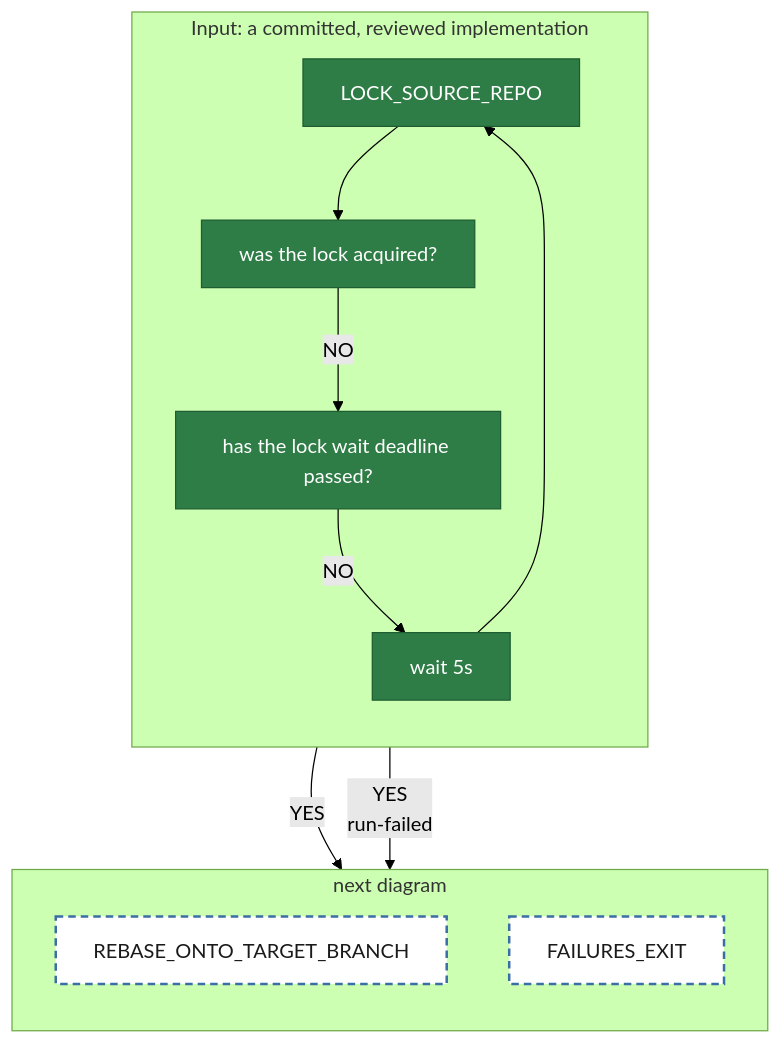
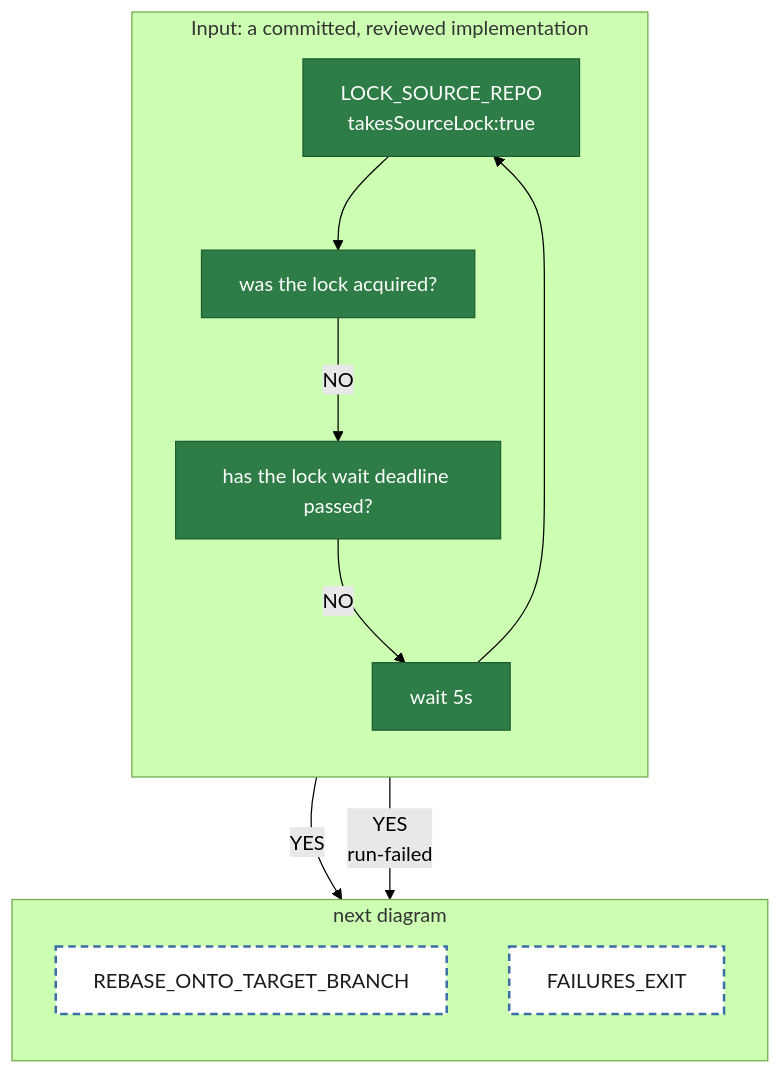
One commit to matkatmusic/taskTools changed the diagram in diagrams/tackle-tasks/pipeline-lockSourceRepo.mmd. Above: the diagram before and after it, drawn with Mermaid (forest theme). The commit also changed 6 other files, not shown here.

First line of the commit message:
[mermaid 8] generator reads and syncs takesSourceLock; the hook and resetTask find the lock block by that flag

```diff
--- a/diagrams/tackle-tasks/pipeline-lockSourceRepo.mmd
+++ b/diagrams/tackle-tasks/pipeline-lockSourceRepo.mmd
@@ -1,31 +1,31 @@
 flowchart TB
 %% Not an agent() entry. The hook walks in from a dashed LOCK_SOURCE_REPO block. Every path ends at a dashed block.
 
   subgraph lockSourceRepo ["Input: a committed, reviewed implementation"]
     direction TB
-    LOCK_SOURCE_REPO["LOCK_SOURCE_REPO"]
+    LOCK_SOURCE_REPO["LOCK_SOURCE_REPO<br/>takesSourceLock:true"]
     WAS_LOCK_ACQUIRED_Q["was the lock acquired?"]
     HAS_LOCK_WAIT_DEADLINE_PASSED_Q["has the lock wait deadline passed?"]
     WAIT_FOR_LOCK["wait 5s"]
   end
   subgraph lockSourceRepoNext ["next diagram"]
     direction TB
     REBASE_ONTO_TARGET_BRANCH["REBASE_ONTO_TARGET_BRANCH"]
     FAILURES_EXIT["FAILURES_EXIT"]
   end
   lockSourceRepo ~~~ lockSourceRepoNext
 
   LOCK_SOURCE_REPO --> WAS_LOCK_ACQUIRED_Q
   WAS_LOCK_ACQUIRED_Q -- "YES" --> REBASE_ONTO_TARGET_BRANCH
   WAS_LOCK_ACQUIRED_Q -- "NO" --> HAS_LOCK_WAIT_DEADLINE_PASSED_Q
   HAS_LOCK_WAIT_DEADLINE_PASSED_Q -- "NO" --> WAIT_FOR_LOCK
   HAS_LOCK_WAIT_DEADLINE_PASSED_Q -- "YES<br/>run-failed" --> FAILURES_EXIT
   WAIT_FOR_LOCK --> LOCK_SOURCE_REPO
 
   classDef script fill:#2f7d46,stroke:#1e5c31,color:#ffffff
   classDef returns_a_prompt fill:#e07b39,stroke:#a8541f,color:#1a1a1a
   classDef fail fill:red,stroke:#254a70,color:#ffffff
   classDef output fill:#3b6ea5,stroke:#254a70,color:#ffffff
   classDef next_diagram fill:#ffffff,stroke:#3b6ea5,stroke-width:2px,stroke-dasharray:6 4,color:#1a1a1a
   class LOCK_SOURCE_REPO,WAS_LOCK_ACQUIRED_Q,HAS_LOCK_WAIT_DEADLINE_PASSED_Q,WAIT_FOR_LOCK script
   class REBASE_ONTO_TARGET_BRANCH,FAILURES_EXIT next_diagram
```
